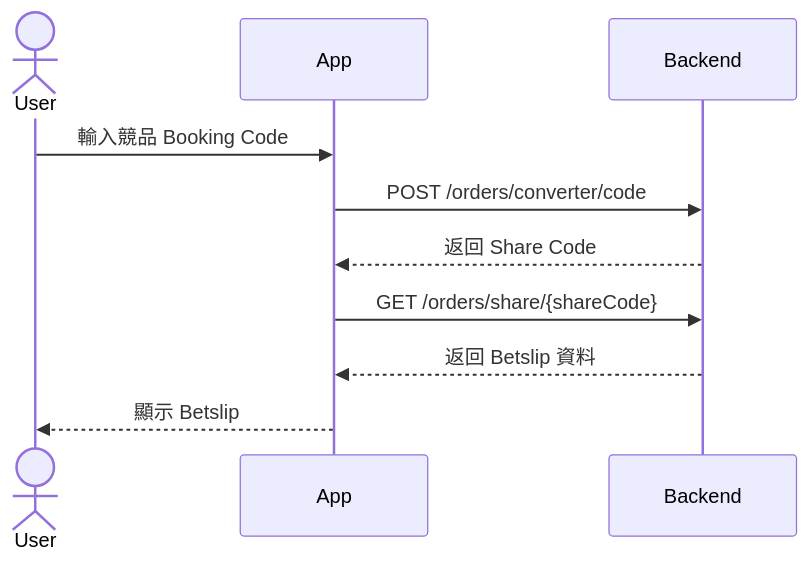
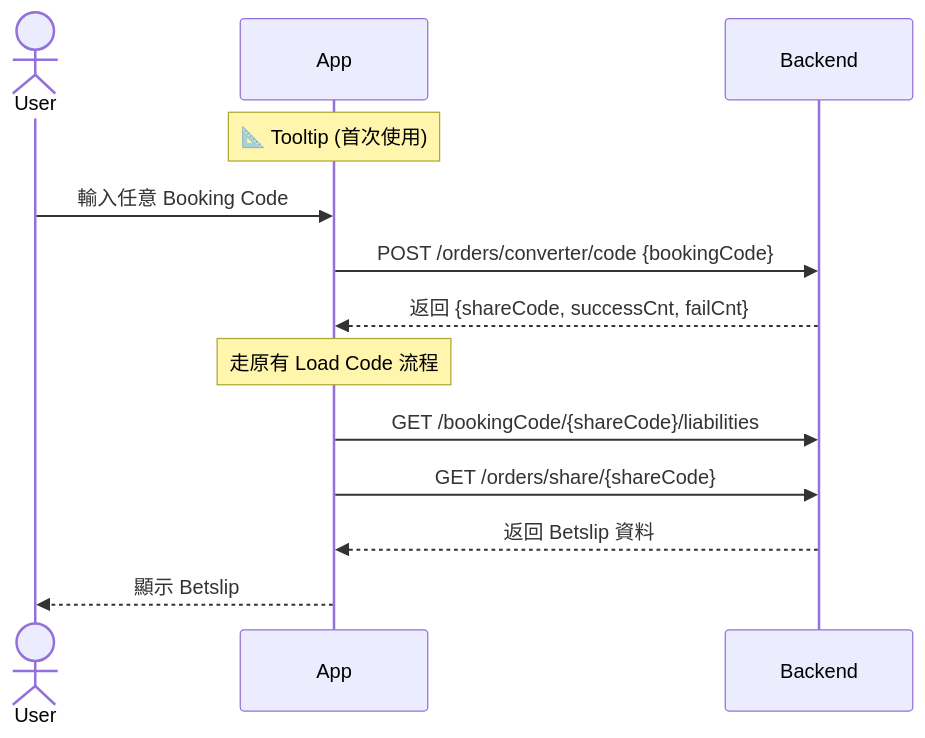
Before and after one commit to HsinChungHan/Code_Converter_TDD: the diagram in TDD/index.md, drawn with Mermaid. The commit also changed other lines of this file, not shown here.

Commit message:
fix: 更新 index.md 日期為 2025-01-14，同步架構圖

````diff
--- a/TDD/index.md
+++ b/TDD/index.md
@@ -15,13 +26,16 @@
 ```mermaid
 sequenceDiagram
     actor User
     participant App
     participant BE as Backend
 
-    User->>App: 輸入競品 Booking Code
-    App->>BE: POST /orders/converter/code
-    BE-->>App: 返回 Share Code
+    Note over App: 📐 Tooltip (首次使用)
+    User->>App: 輸入任意 Booking Code
+    App->>BE: POST /orders/converter/code {bookingCode}
+    BE-->>App: 返回 {shareCode, successCnt, failCnt}
+    Note over App: 走原有 Load Code 流程
+    App->>BE: GET /bookingCode/{shareCode}/liabilities
     App->>BE: GET /orders/share/{shareCode}
     BE-->>App: 返回 Betslip 資料
     App-->>User: 顯示 Betslip
 ```
````
